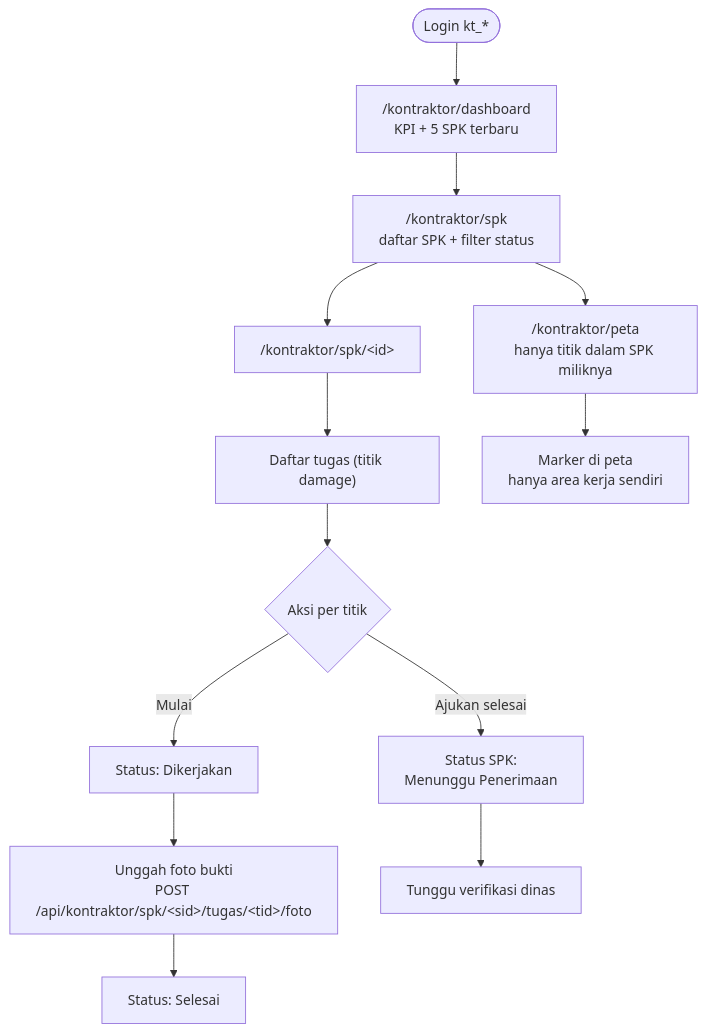
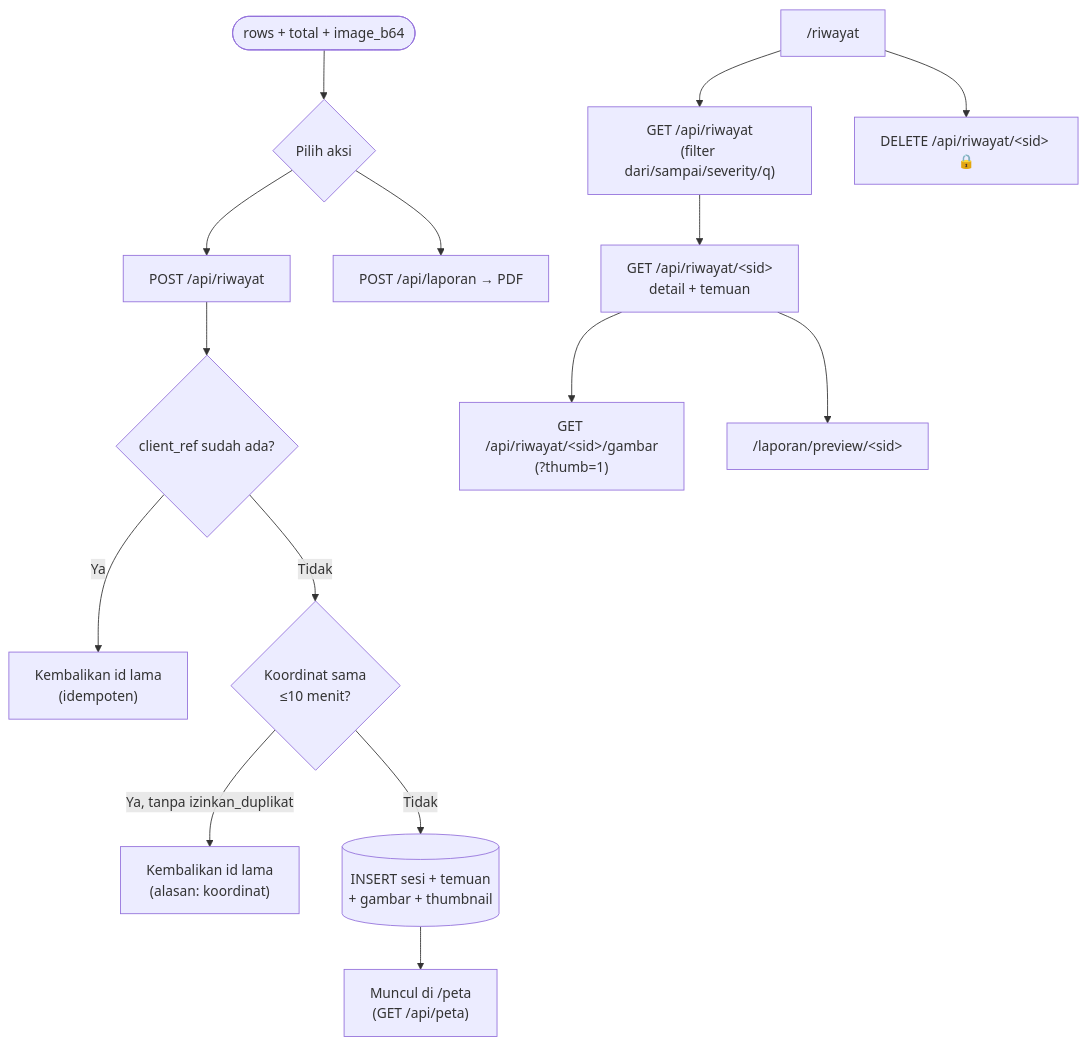
Before and after one commit to rachmatx/jalan-pantau: the fourth of 6 diagrams in docs/User-Flow.md, drawn with Mermaid. The commit also changed other lines of this file and 12 other files, not shown here.

````diff
--- a/docs/User-Flow.md
+++ b/docs/User-Flow.md
@@ -283,21 +220,20 @@
 ```mermaid
 flowchart TD
-    LOGIN(["Login kt_*"]) --> DASH["/kontraktor/dashboard<br/>KPI + 5 SPK terbaru"]
-    DASH --> DAFTAR["/kontraktor/spk<br/>daftar SPK + filter status"]
+    HASIL(["rows + total + image_b64"]) --> PILIH{"Pilih aksi"}
 
-    DAFTAR --> DETAIL["/kontraktor/spk/&lt;id&gt;"]
-    DAFTAR --> PETA["/kontraktor/peta<br/>hanya titik dalam SPK miliknya"]
+    PILIH --> SIMPAN["POST /api/riwayat"]
+    PILIH --> PDF["POST /api/laporan → PDF"]
 
-    DETAIL --> TITIK["Daftar tugas (titik damage)"]
-    TITIK --> AKSI{"Aksi per titik"}
+    SIMPAN --> IDEM{"client_ref sudah ada?"}
+    IDEM -->|Ya| DUP["Kembalikan id lama<br/>(idempoten)"]
+    IDEM -->|Tidak| CEK{"Koordinat sama<br/>≤10 menit?"}
+    CEK -->|Ya, tanpa izinkan_duplikat| TOLAK["Kembalikan id lama<br/>(alasan: koordinat)"]
+    CEK -->|Tidak| TULIS[("INSERT sesi + temuan<br/>+ gambar + thumbnail")]
+    TULIS --> MAP["Muncul di /peta<br/>(GET /api/peta)"]
 
-    AKSI -->|Mulai| KERJA["Status: Dikerjakan"]
-    KERJA --> UNGGAH["Unggah foto bukti<br/>POST /api/kontraktor/spk/&lt;sid&gt;/tugas/&lt;tid&gt;/foto"]
-    UNGGAH --> SELESAI["Status: Selesai"]
-
-    AKSI -->|Ajukan selesai| MENUNGGU["Status SPK:<br/>Menunggu Penerimaan"]
-
-    MENUNGGU --> WAIT["Tunggu verifikasi dinas"]
-
-    PETA --> LIHAT["Marker di peta<br/>hanya area kerja sendiri"]
+    RIWAYAT["/riwayat"] --> DAFTAR["GET /api/riwayat<br/>(filter dari/sampai/severity/q)"]
+    DAFTAR --> DETAIL["GET /api/riwayat/&lt;sid&gt;<br/>detail + temuan"]
+    DETAIL --> GAMBAR["GET /api/riwayat/&lt;sid&gt;/gambar<br/>(?thumb=1)"]
+    DETAIL --> PREVIEW["/laporan/preview/&lt;sid&gt;"]
+    RIWAYAT --> HAPUS["DELETE /api/riwayat/&lt;sid&gt; 🔒"]
 ```
````
